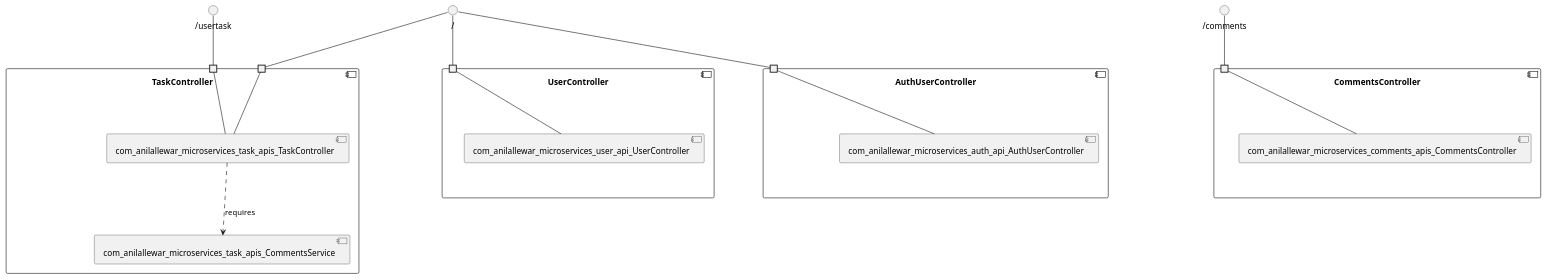
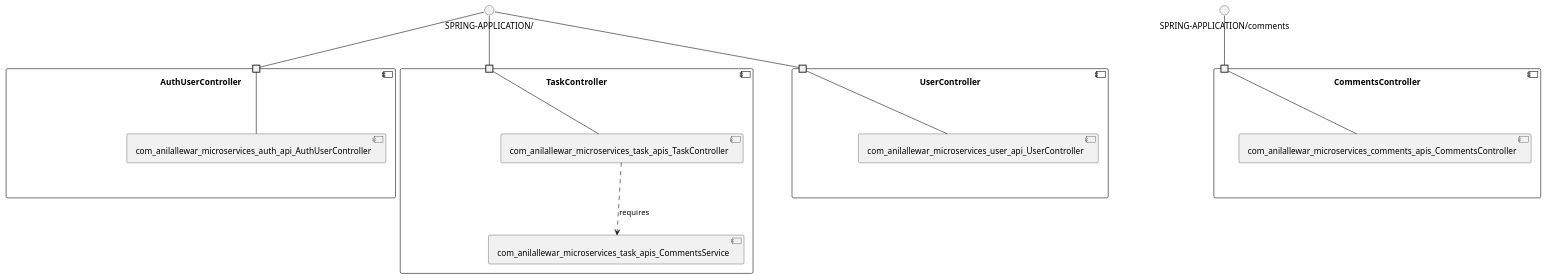
The diagram in anilallewar-microservices-basics-spring-boot/model_re/uml/componentDiagram.puml (View-Based-Reverse-Engineering/Retriever-Benchmark), drawn with PlantUML before and after one commit. The commit also changed 191 other files, not shown here.

```diff
--- a/anilallewar-microservices-basics-spring-boot/model_re/uml/componentDiagram.puml
+++ b/anilallewar-microservices-basics-spring-boot/model_re/uml/componentDiagram.puml
@@ -1,38 +1,34 @@
 @startuml
 skinparam fixCircleLabelOverlapping true
 component "AuthUserController\n\n\n\n\n\n" {
 [com_anilallewar_microservices_auth_api_AuthUserController]
-portin " " as AuthUserController.requires._
-"AuthUserController.requires._"--[com_anilallewar_microservices_auth_api_AuthUserController]
+portin " " as AuthUserController.requires.SPRING_APPLICATION_
+"AuthUserController.requires.SPRING_APPLICATION_"--[com_anilallewar_microservices_auth_api_AuthUserController]
 }
-interface "/" as interface._
-interface._--"AuthUserController.requires._"
+interface "SPRING-APPLICATION/" as interface.SPRING_APPLICATION_
+interface.SPRING_APPLICATION_--"AuthUserController.requires.SPRING_APPLICATION_"
 component "CommentsController\n\n\n\n\n\n" {
 [com_anilallewar_microservices_comments_apis_CommentsController]
-portin " " as CommentsController.requires._comments
-"CommentsController.requires._comments"--[com_anilallewar_microservices_comments_apis_CommentsController]
+portin " " as CommentsController.requires.SPRING_APPLICATION_comments
+"CommentsController.requires.SPRING_APPLICATION_comments"--[com_anilallewar_microservices_comments_apis_CommentsController]
 }
-interface "/comments" as interface._comments
-interface._comments--"CommentsController.requires._comments"
+interface "SPRING-APPLICATION/comments" as interface.SPRING_APPLICATION_comments
+interface.SPRING_APPLICATION_comments--"CommentsController.requires.SPRING_APPLICATION_comments"
 component "TaskController\n\n\n\n\n\n" {
 [com_anilallewar_microservices_task_apis_TaskController]
 [com_anilallewar_microservices_task_apis_CommentsService]
-portin " " as TaskController.requires._
-portin " " as TaskController.requires._usertask
+portin " " as TaskController.requires.SPRING_APPLICATION_
 [com_anilallewar_microservices_task_apis_TaskController]..>[com_anilallewar_microservices_task_apis_CommentsService] : requires
-"TaskController.requires._usertask"--[com_anilallewar_microservices_task_apis_TaskController]
-"TaskController.requires._"--[com_anilallewar_microservices_task_apis_TaskController]
+"TaskController.requires.SPRING_APPLICATION_"--[com_anilallewar_microservices_task_apis_TaskController]
 }
-interface "/usertask" as interface._usertask
-interface._usertask--"TaskController.requires._usertask"
-interface "/" as interface._
-interface._--"TaskController.requires._"
+interface "SPRING-APPLICATION/" as interface.SPRING_APPLICATION_
+interface.SPRING_APPLICATION_--"TaskController.requires.SPRING_APPLICATION_"
 component "UserController\n\n\n\n\n\n" {
 [com_anilallewar_microservices_user_api_UserController]
-portin " " as UserController.requires._
-"UserController.requires._"--[com_anilallewar_microservices_user_api_UserController]
+portin " " as UserController.requires.SPRING_APPLICATION_
+"UserController.requires.SPRING_APPLICATION_"--[com_anilallewar_microservices_user_api_UserController]
 }
-interface "/" as interface._
-interface._--"UserController.requires._"
+interface "SPRING-APPLICATION/" as interface.SPRING_APPLICATION_
+interface.SPRING_APPLICATION_--"UserController.requires.SPRING_APPLICATION_"
 
 @enduml
```
